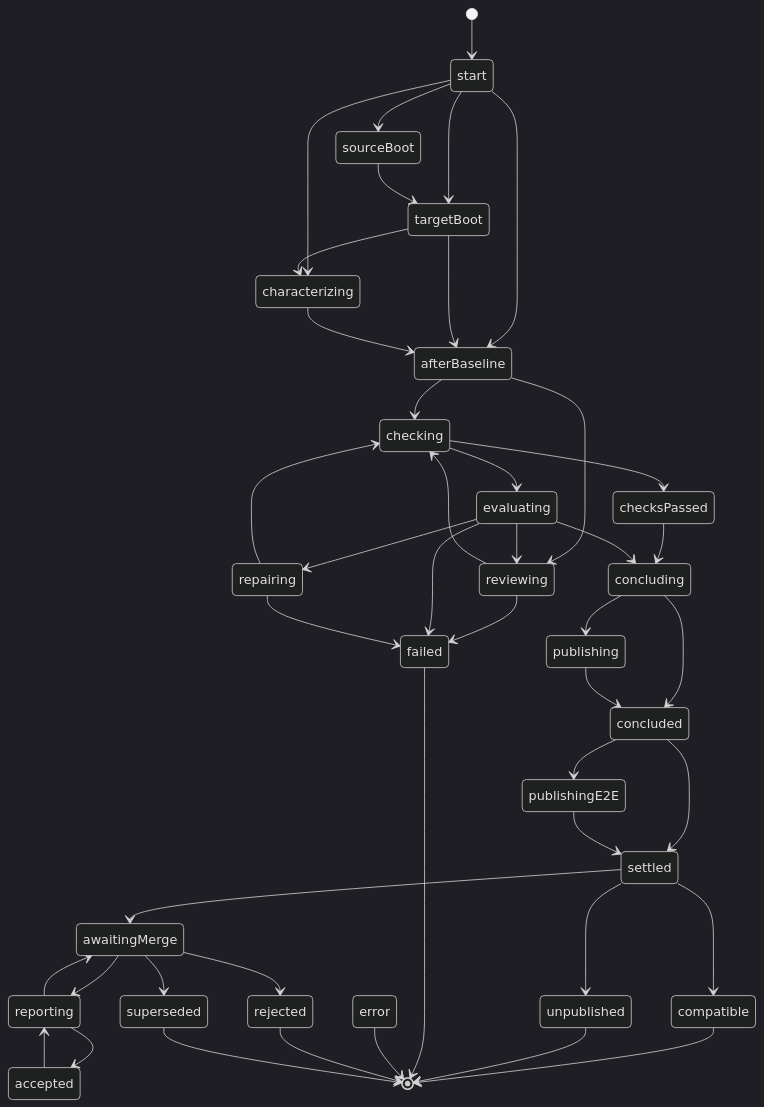
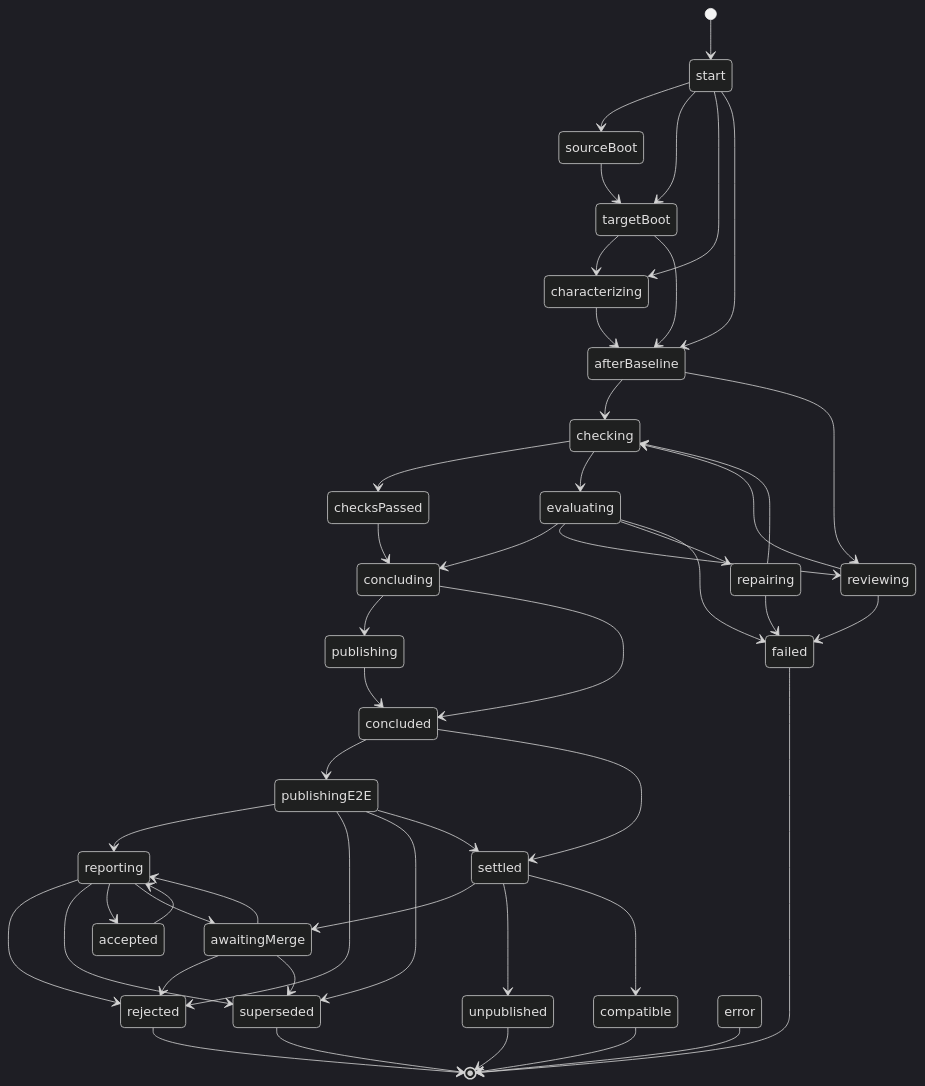
One commit to royenheart/dsh-migrate-bot changed the diagram in docs/reference/workflow.md. Above: the diagram before and after it, drawn with Mermaid (dark theme). The commit also changed other lines of this file and 12 other files, not shown here.

````diff
--- a/docs/reference/workflow.md
+++ b/docs/reference/workflow.md
@@ -14,46 +14,51 @@
 ```mermaid
 stateDiagram-v2
   [*] --> start
   start --> sourceBoot
   start --> targetBoot
   start --> characterizing
   start --> afterBaseline
   sourceBoot --> targetBoot
   targetBoot --> characterizing
   targetBoot --> afterBaseline
   characterizing --> afterBaseline
   afterBaseline --> checking
   afterBaseline --> reviewing
   reviewing --> failed
   reviewing --> checking
   checking --> checksPassed
   checking --> evaluating
   checksPassed --> concluding
   evaluating --> concluding
   evaluating --> reviewing
   evaluating --> repairing
   evaluating --> failed
   repairing --> failed
   repairing --> checking
   concluding --> publishing
   concluding --> concluded
   publishing --> concluded
   concluded --> publishingE2E
   concluded --> settled
+  publishingE2E --> reporting
+  publishingE2E --> rejected
+  publishingE2E --> superseded
   publishingE2E --> settled
   settled --> awaitingMerge
   settled --> unpublished
   settled --> compatible
   awaitingMerge --> reporting
   awaitingMerge --> rejected
   awaitingMerge --> superseded
   accepted --> reporting
+  reporting --> rejected
+  reporting --> superseded
   reporting --> accepted
   reporting --> awaitingMerge
   compatible --> [*]
   unpublished --> [*]
   failed --> [*]
   error --> [*]
   rejected --> [*]
   superseded --> [*]
 ```
````
